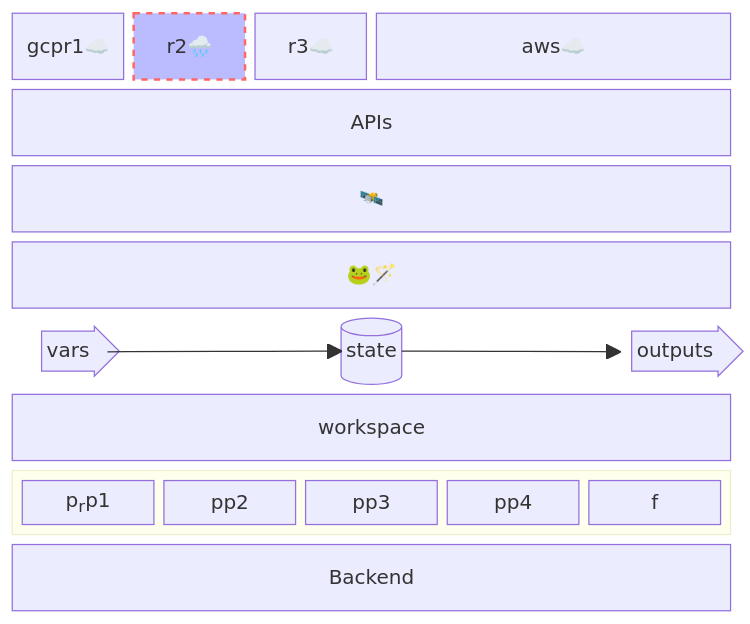
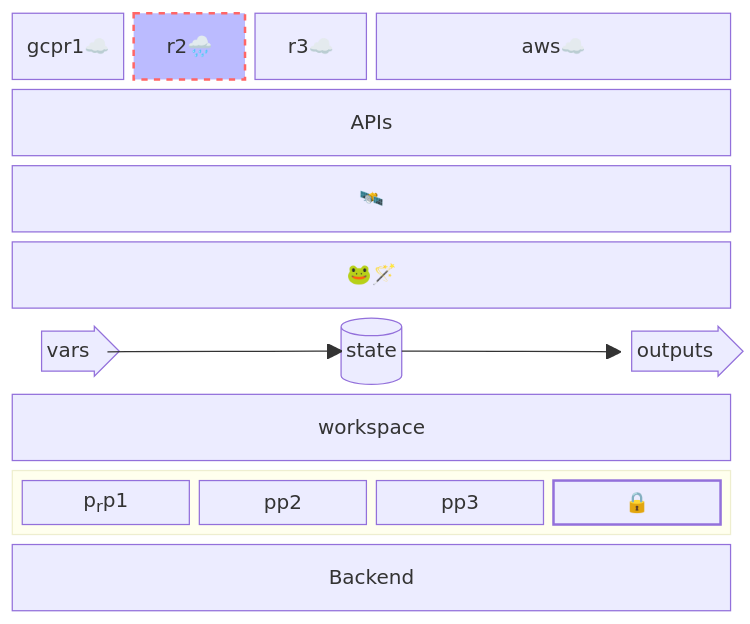
One commit to sohale/cs-glossaries changed the diagram in devops/terraform-tut.md. Above: the diagram before and after it, drawn with Mermaid.

````diff
--- a/devops/terraform-tut.md
+++ b/devops/terraform-tut.md
@@ -78,37 +78,39 @@
 ```mermaid
 block-beta
   columns 6
   gcpr1☁️ r2["r2🌧️"] r3☁️ aws☁️:3
   style r2 fill:#bbf,stroke:#f66,stroke-width:2px,color:#fff,stroke-dasharray: 5 5
   %% resources on cloud providers
   APIs:6
   interwebs["🛰️"]:6
   %% block:group1:6
   %%   columns 2
   %%   h i j k
   %% end
   g["🐸🪄"]:6
   %% block:group2:6
   %%  %% columns auto (default)
   %%  p1 p2 p3  p4 p5 p6
   %% end
   %% outputs["outputs"]:6
   %% vars1>"vars"]:1
   %% via bash's env, cli args, etc:
   vars1<["vars"]>(right):1
   %% file system  "state on file system"
   state1[("state")]:4
   %% outs1>"outputs"]:1
   outs1<["outputs"]>(right):1
   vars1-->state1
   state1-->outs1
   %% variables["variables"]:6
   workspace["workspace"]:6
   block:group3:6
     columns 5
     %%  The width of the columns is determined by the widest block
     %% pp["provider plugins"]:1
-    p1["p<sub>r</sub>p1"]:1 pp2:1 pp3:1 pp4:1 f:1
+    p1["p<sub>r</sub>p1"]:1 pp2:1 pp3:1 lockfile["🔒"]:1
+    style lockfile stroke-width:2px,font-size:18em,
+    %% I failed to make lockfile smaller
   end
   Backend:6
 ```
````
